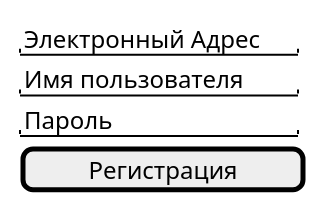
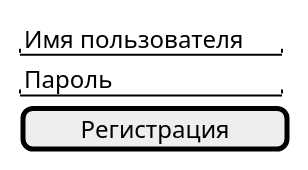
The diagram in design/ui/sign_up.puml (Daemon712/foobarbaz-backend), drawn with PlantUML before and after one commit. The commit also changed 5 other files, not shown here.

```diff
--- a/design/ui/sign_up.puml
+++ b/design/ui/sign_up.puml
@@ -1,9 +1,8 @@
 @startuml
 salt
 {
-    "Электронный Адрес"
-    "Имя пользователя "
-    "Пароль           "
-    [Регистрация      ]
+    "Имя пользователя"
+    "Пароль          "
+    [Регистрация     ]
 }
 @enduml
```
